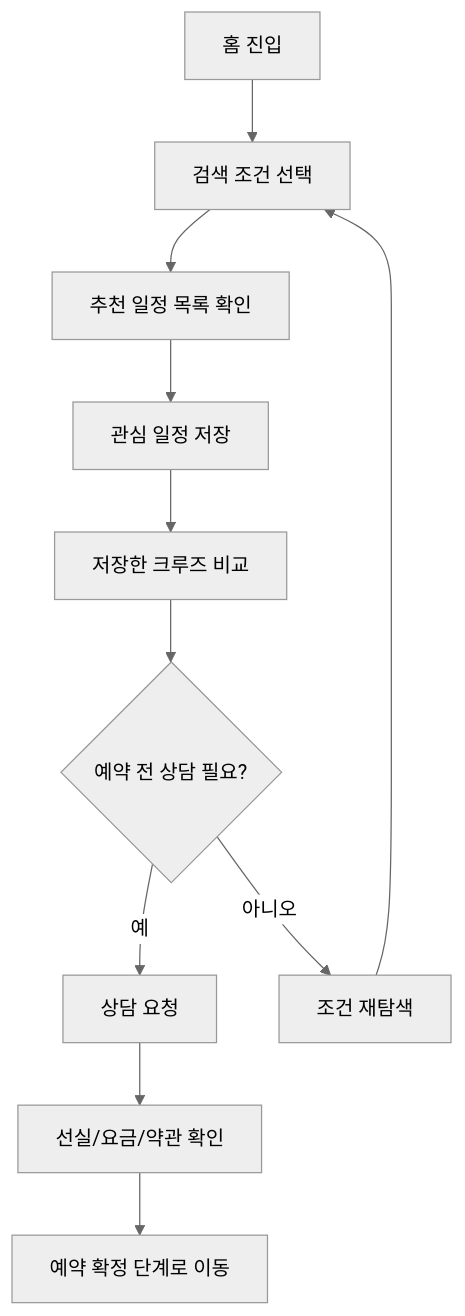
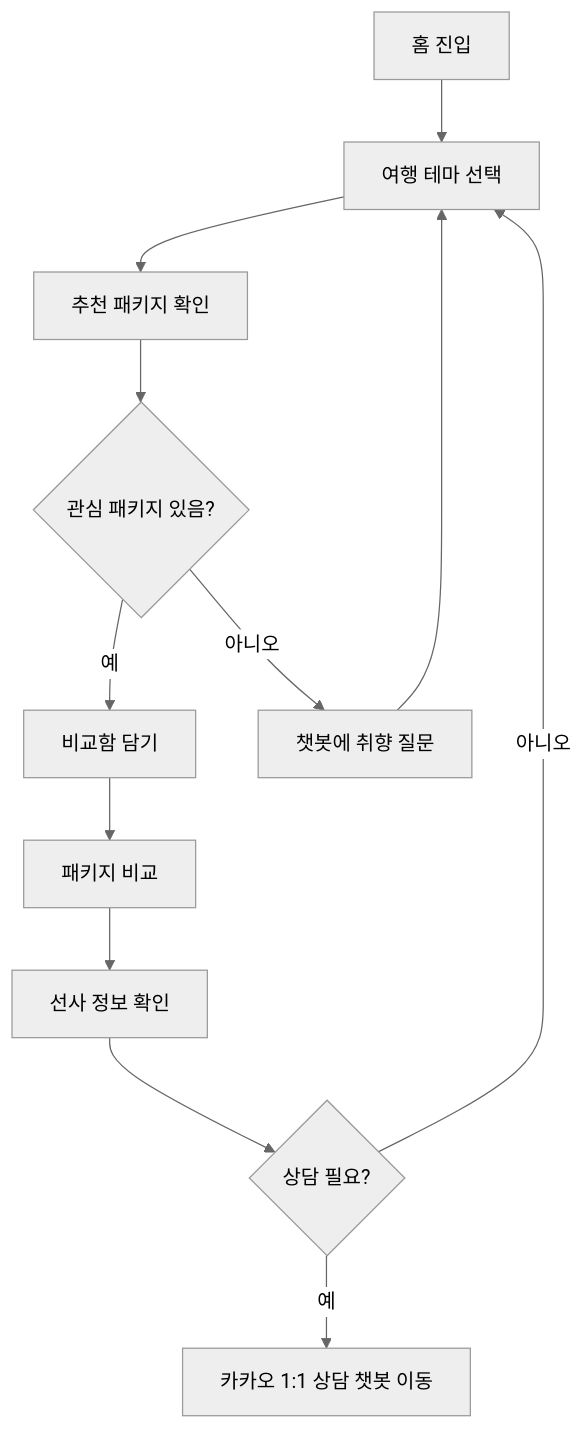
Before and after one commit to jyeongit/showcruise_pj: the diagram in README.md, drawn with Mermaid (neutral theme). The commit also changed other lines of this file, not shown here.

````diff
--- a/README.md
+++ b/README.md
@@ -85,13 +79,14 @@
 ```mermaid
 flowchart TD
-  A["홈 진입"] --> B["검색 조건 선택"]
-  B --> C["추천 일정 목록 확인"]
-  C --> D["관심 일정 저장"]
-  D --> E["저장한 크루즈 비교"]
-  E --> F{"예약 전 상담 필요?"}
-  F -- "예" --> G["상담 요청"]
-  F -- "아니오" --> H["조건 재탐색"]
-  H --> B
-  G --> I["선실/요금/약관 확인"]
-  I --> J["예약 확정 단계로 이동"]
+  A["홈 진입"] --> B["여행 테마 선택"]
+  B --> C["추천 패키지 확인"]
+  C --> D{"관심 패키지 있음?"}
+  D -- "예" --> E["비교함 담기"]
+  D -- "아니오" --> F["챗봇에 취향 질문"]
+  F --> B
+  E --> G["패키지 비교"]
+  G --> H["선사 정보 확인"]
+  H --> I{"상담 필요?"}
+  I -- "예" --> J["카카오 1:1 상담 챗봇 이동"]
+  I -- "아니오" --> B
 ```
````
